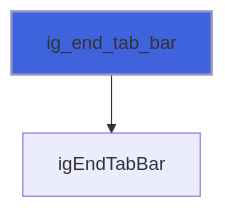
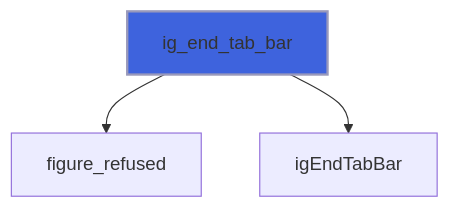
The seventh of 26 diagrams in docs/api/src/lib/figure_group.md (szaghi/figure), drawn with Mermaid before and after one commit. The commit also changed other lines of this file and 10 other files, not shown here.

````diff
--- a/docs/api/src/lib/figure_group.md
+++ b/docs/api/src/lib/figure_group.md
@@ -214,5 +227,6 @@
 ```mermaid
 flowchart TD
+  ig_end_tab_bar["ig_end_tab_bar"] --> figure_refused["figure_refused"]
   ig_end_tab_bar["ig_end_tab_bar"] --> igEndTabBar["igEndTabBar"]
   style ig_end_tab_bar fill:#3e63dd,stroke:#99b,stroke-width:2px
 ```
````
